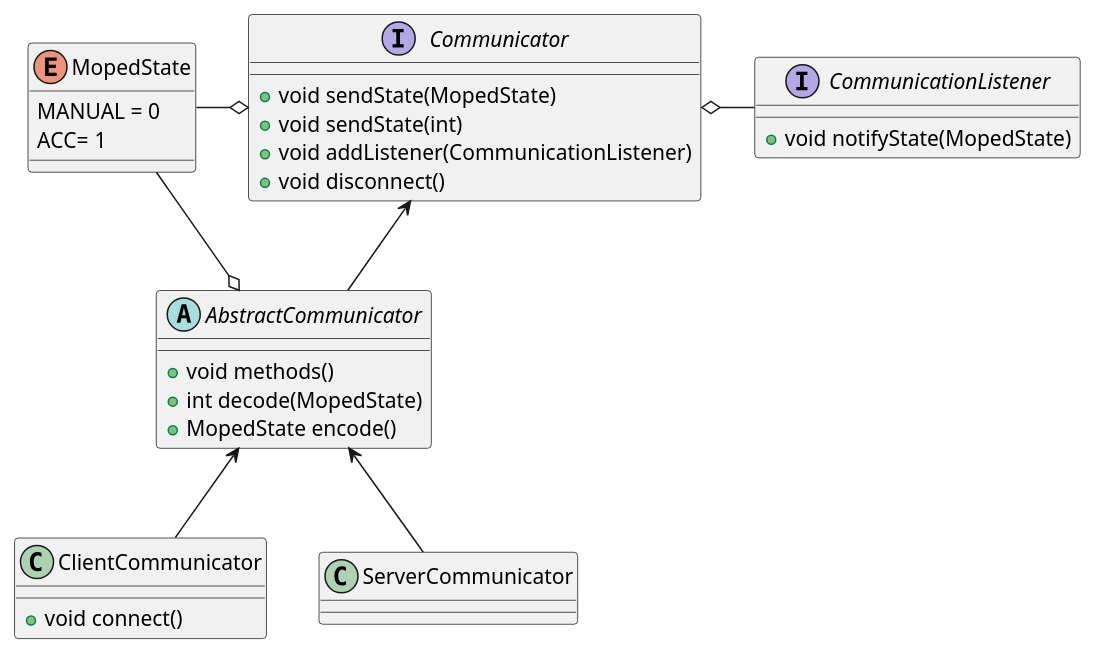
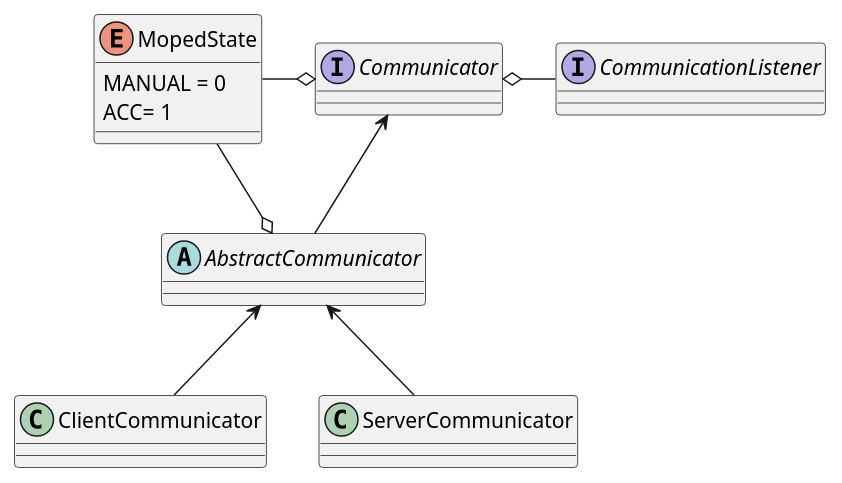
Before and after one commit to felixnorden/moppepojkar: the diagram in src/communication/UML/communcation.puml, drawn with PlantUML. The commit also changed 2 other files, not shown here.

```diff
--- a/src/communication/UML/communcation.puml
+++ b/src/communication/UML/communcation.puml
@@ -1,38 +1,24 @@
 @startuml
 Communicator <-- AbstractCommunicator
 AbstractCommunicator <-- ClientCommunicator
 AbstractCommunicator <-- ServerCommunicator
 Communicator o- CommunicationListener
 MopedState -o AbstractCommunicator
 MopedState -o Communicator
 
 
-interface Communicator {
-  +void sendState(MopedState)
-  +void sendState(int)
-  +void addListener(CommunicationListener)
-  +void disconnect()
-}
+interface Communicator
 
-interface CommunicationListener {
-  +void notifyState(MopedState)
-}
+interface CommunicationListener
 
-abstract class AbstractCommunicator{
-  +void methods()
-  +int decode(MopedState)
-  +MopedState encode()
-}
+abstract class AbstractCommunicator
 
-class ClientCommunicator{
-  +void connect()
-}
+class ClientCommunicator
 
-class ServerCommunicator{
-}
+class ServerCommunicator
 
 Enum MopedState {
   MANUAL = 0
   ACC= 1
 }
 @enduml
```
